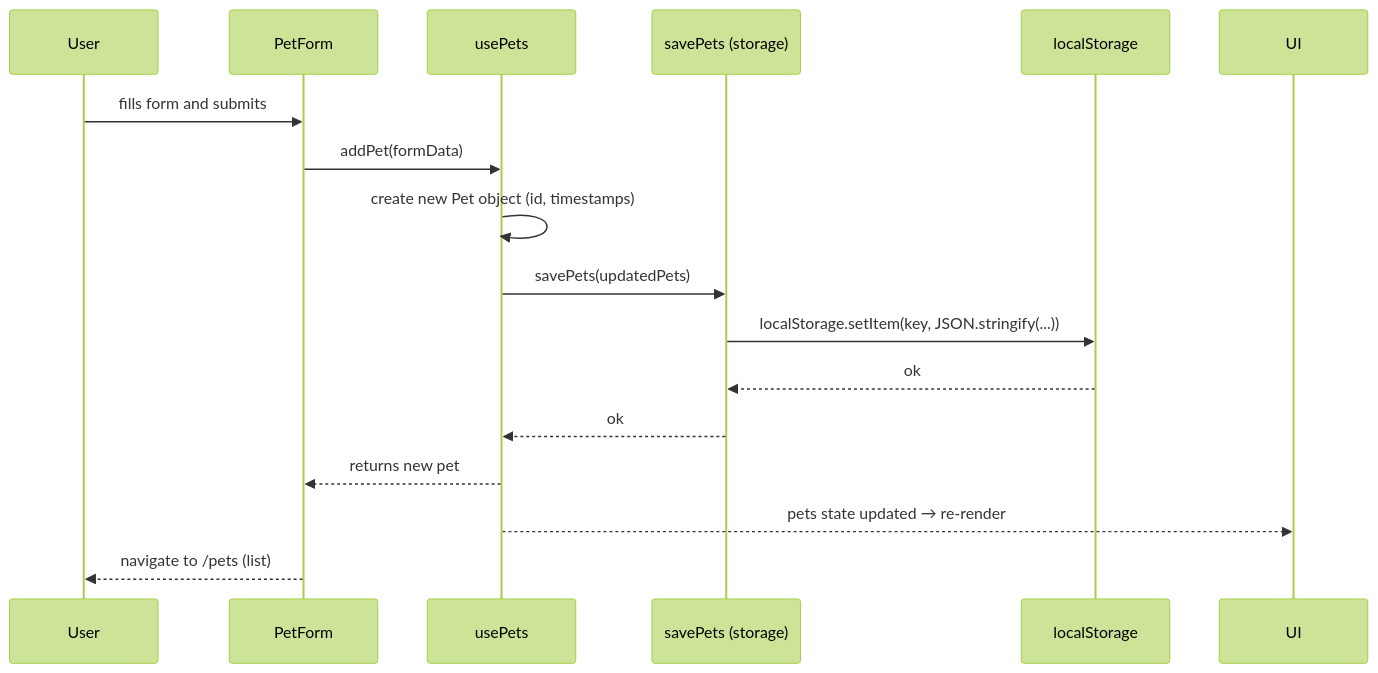
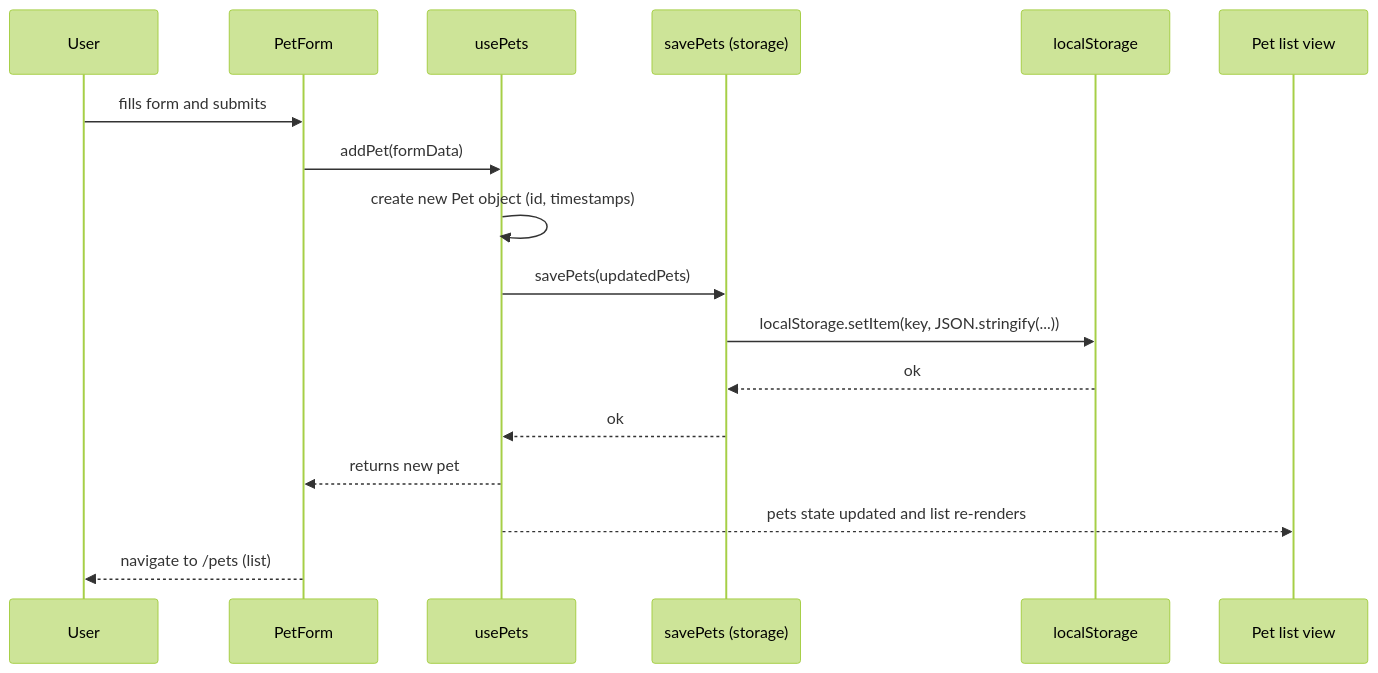
Before and after one commit to Sourav0364/mini-clinic-glassmorphic: the third of 3 diagrams in README.md, drawn with Mermaid (forest theme). The commit also changed other lines of this file, not shown here.

````diff
--- a/README.md
+++ b/README.md
@@ -82,20 +75,21 @@
 ```mermaid
 sequenceDiagram
   participant U as User
   participant PF as PetForm
   participant H as usePets
   participant S as savePets (storage)
   participant LS as localStorage
+  participant UI as Pet list view
 
   U->>PF: fills form and submits
   PF->>H: addPet(formData)
   H->>H: create new Pet object (id, timestamps)
   H->>S: savePets(updatedPets)
   S->>LS: localStorage.setItem(key, JSON.stringify(...))
   LS-->>S: ok
   S-->>H: ok
   H-->>PF: returns new pet
-  H-->>UI: pets state updated → re-render
+  H-->>UI: pets state updated and list re-renders
   PF-->>U: navigate to /pets (list)
 
 ```
````
